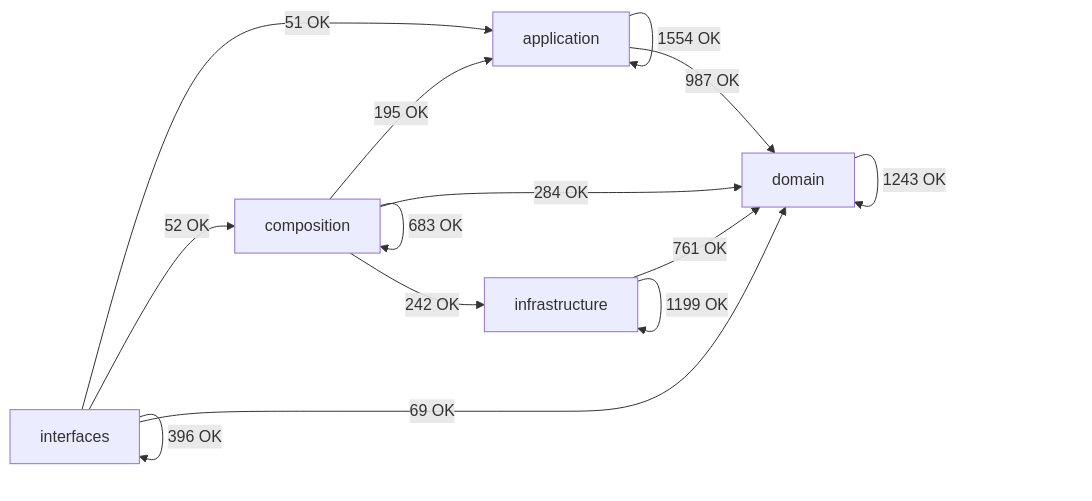
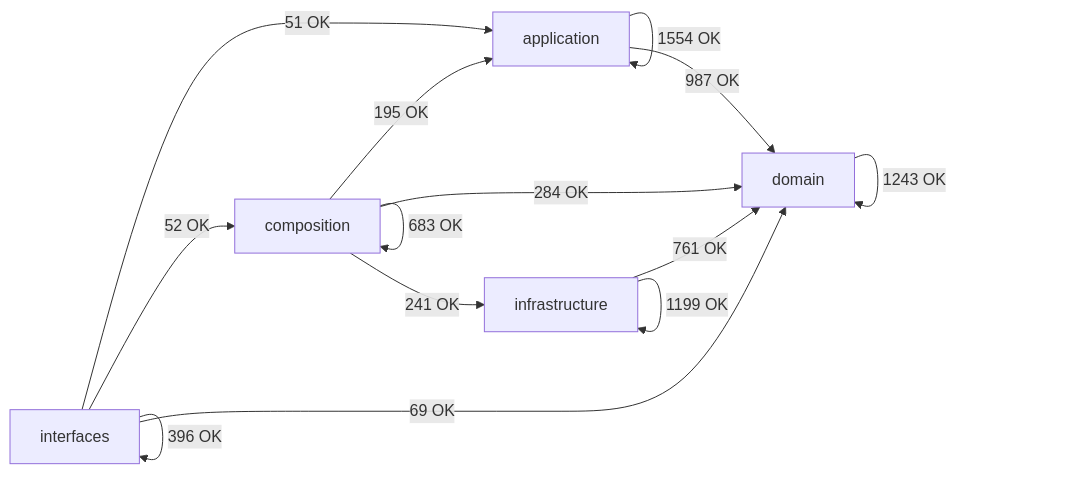
Before and after one commit to SatoryKono/BioactivityDataAcquisition: the diagram in docs/02-architecture/generated/module-dependency-map.md, drawn with Mermaid. The commit also changed other lines of this file and 38 other files, not shown here.

````diff
--- a/docs/02-architecture/generated/module-dependency-map.md
+++ b/docs/02-architecture/generated/module-dependency-map.md
@@ -17,21 +17,21 @@
 ```mermaid
 flowchart LR
     domain[domain]
     application[application]
     infrastructure[infrastructure]
     composition[composition]
     interfaces[interfaces]
     application -->|1554 OK| application
     application -->|987 OK| domain
     composition -->|195 OK| application
     composition -->|683 OK| composition
     composition -->|284 OK| domain
-    composition -->|242 OK| infrastructure
+    composition -->|241 OK| infrastructure
     domain -->|1243 OK| domain
     infrastructure -->|761 OK| domain
     infrastructure -->|1199 OK| infrastructure
     interfaces -->|51 OK| application
     interfaces -->|52 OK| composition
     interfaces -->|69 OK| domain
     interfaces -->|396 OK| interfaces
 ```
````
